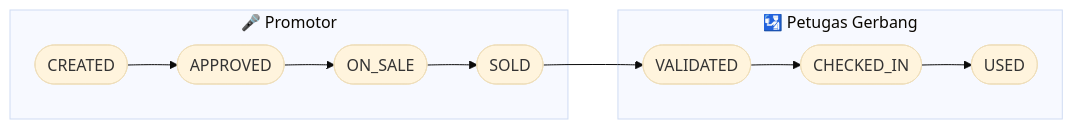
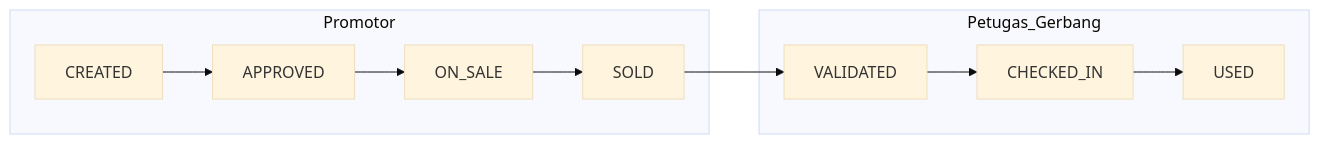
One commit to MuchmenAdrians/BlockChain_Kelompok-5 changed the first of 2 diagrams in Tugas6/README.md. Above: the diagram before and after it, drawn with Mermaid (base theme). The commit also changed other lines of this file, not shown here.

````diff
--- a/Tugas6/README.md
+++ b/Tugas6/README.md
@@ -79,10 +79,10 @@
 ```mermaid
 flowchart LR
-    subgraph P["🎤 Promotor"]
-        A([CREATED]) --> B([APPROVED]) --> C([ON_SALE]) --> D([SOLD])
+    subgraph Promotor
+        A[CREATED] --> B[APPROVED] --> C[ON_SALE] --> D[SOLD]
     end
-    subgraph G["🛂 Petugas Gerbang"]
-        E([VALIDATED]) --> F([CHECKED_IN]) --> H([USED])
+    subgraph Petugas_Gerbang
+        E[VALIDATED] --> F[CHECKED_IN] --> G[USED]
     end
     D --> E
 ```
````
